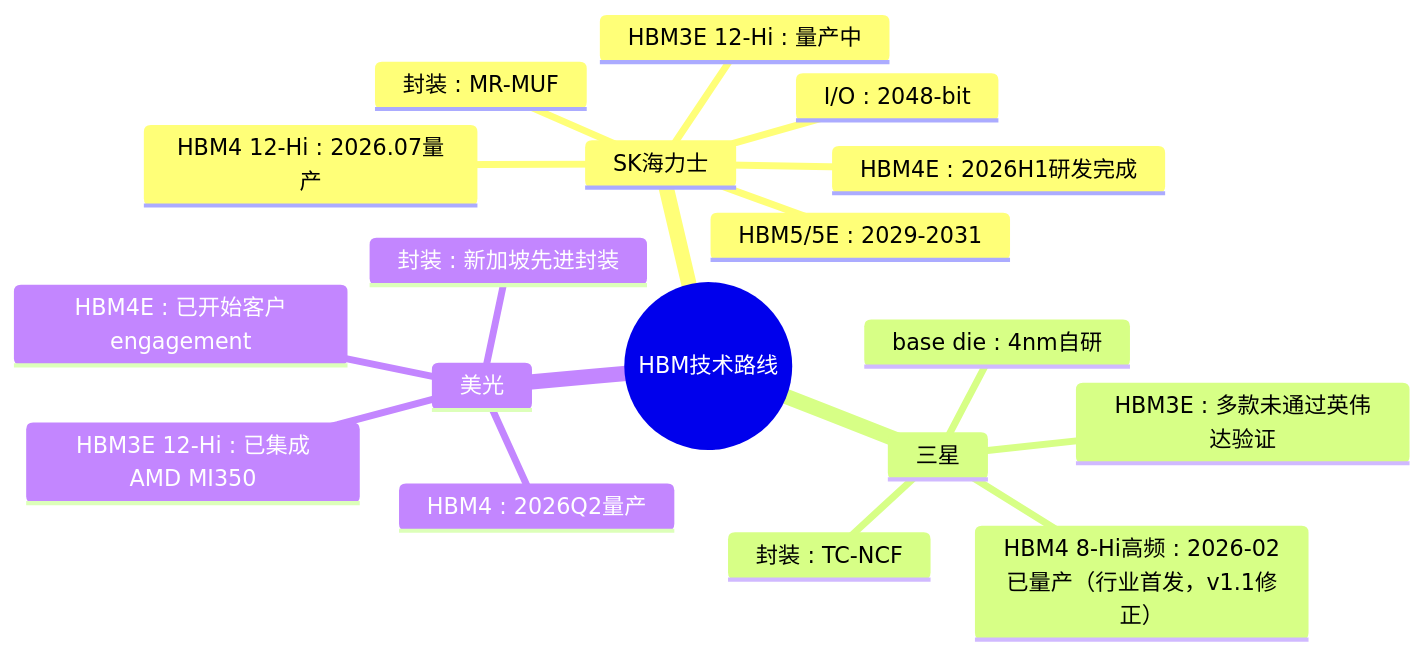
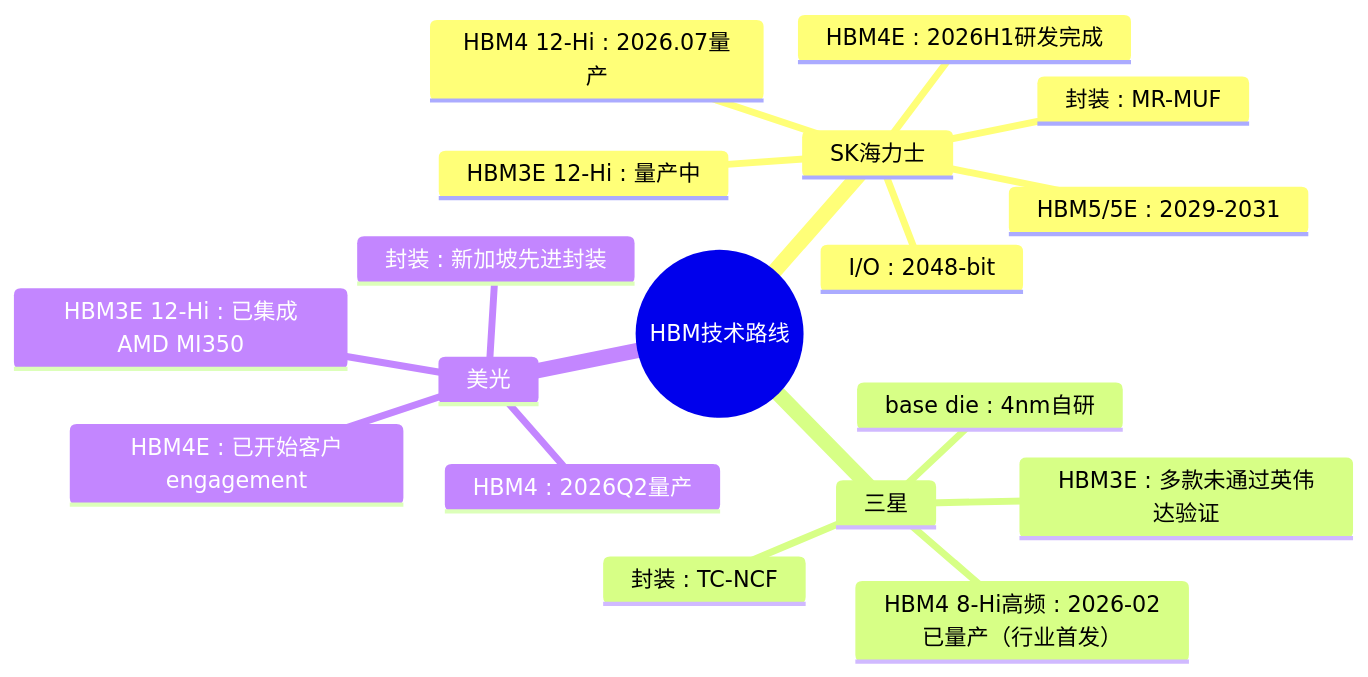
One commit to An0319/sk-hynix-hbm-cycle-performance-value-diagnosis-zh changed the fifth of 42 diagrams in SK_Hynix_HBM_Cycle_Performance_Value_Diagnosis-Simplified_Version-ZH.md. Above: the diagram before and after it, drawn with Mermaid. The commit also changed other lines of this file and 1 other file, not shown here.

````diff
--- a/SK_Hynix_HBM_Cycle_Performance_Value_Diagnosis-Simplified_Version-ZH.md
+++ b/SK_Hynix_HBM_Cycle_Performance_Value_Diagnosis-Simplified_Version-ZH.md
@@ -184,21 +182,21 @@
 ```mermaid
 mindmap
   root((HBM技术路线))
     SK海力士
       HBM3E 12-Hi : 量产中
       HBM4 12-Hi : 2026.07量产
       HBM4E : 2026H1研发完成
       HBM5/5E : 2029-2031
       封装 : MR-MUF
       I/O : 2048-bit
     三星
       HBM3E : 多款未通过英伟达验证
-      HBM4 8-Hi高频 : 2026-02已量产（行业首发，v1.1修正）
+      HBM4 8-Hi高频 : 2026-02已量产（行业首发）
       封装 : TC-NCF
       base die : 4nm自研
     美光
       HBM3E 12-Hi : 已集成AMD MI350
       HBM4 : 2026Q2量产
       HBM4E : 已开始客户engagement
       封装 : 新加坡先进封装
 ```
````
